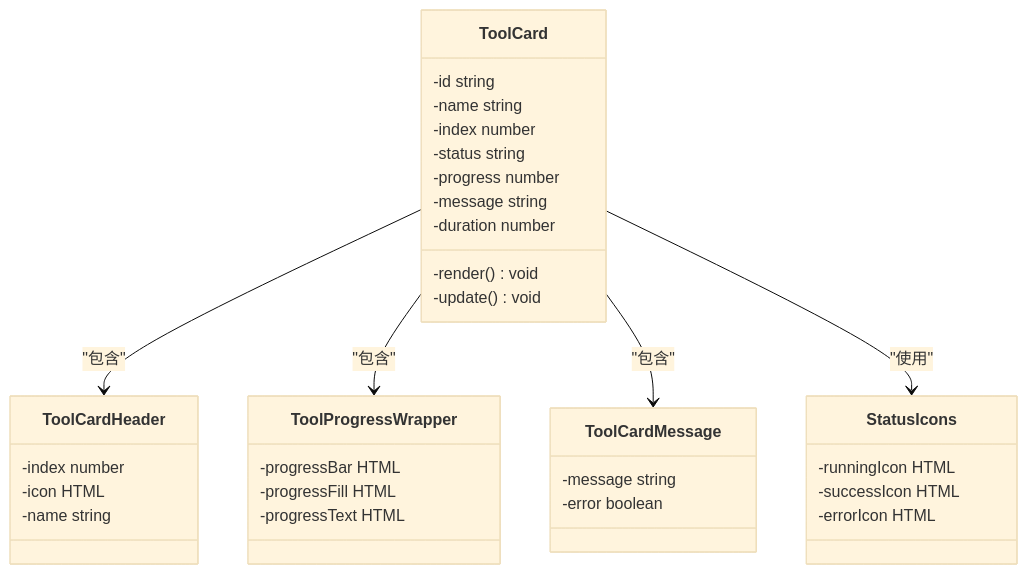
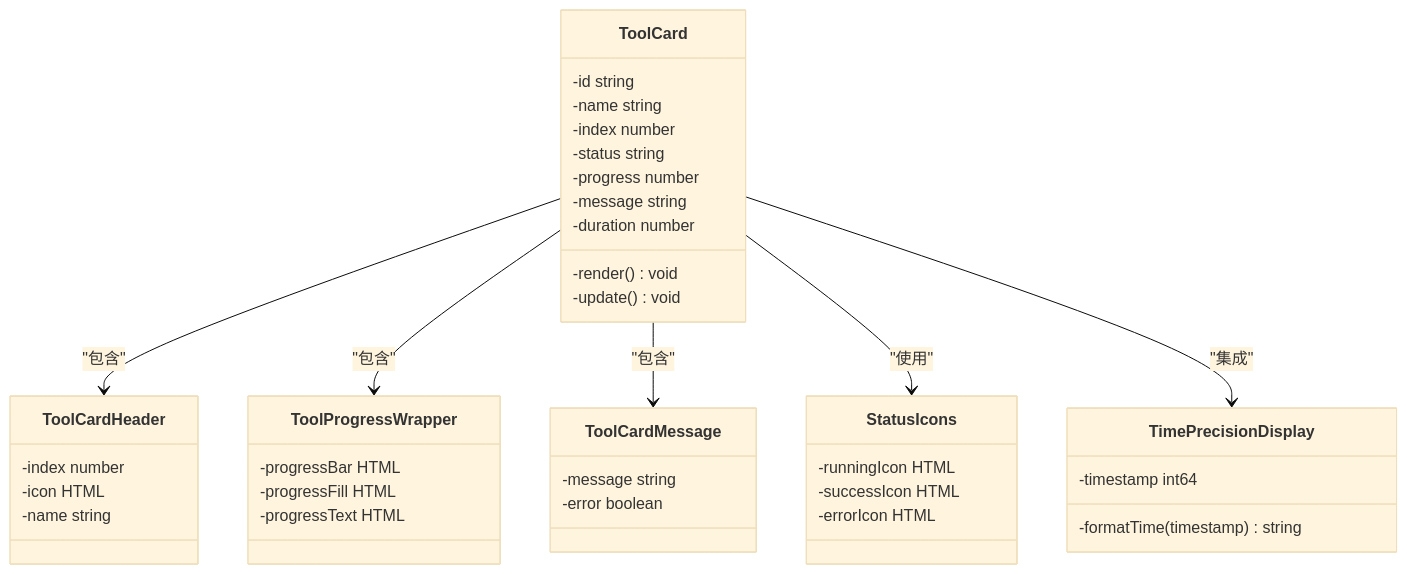
Before and after one commit to maomao94/zero-service: diagram 21 of 30 in .qoder/repowiki/zh/content/AI聊天服务迁移指南.md, drawn with Mermaid (base theme). The commit also changed other lines of this file and 59 other files, not shown here.

````diff
--- a/.qoder/repowiki/zh/content/AI聊天服务迁移指南.md
+++ b/.qoder/repowiki/zh/content/AI聊天服务迁移指南.md
@@ -999,37 +1041,42 @@
 ```mermaid
 classDiagram
 class ToolCard {
 -id string
 -name string
 -index number
 -status string
 -progress number
 -message string
 -duration number
 -render() void
 -update() void
 }
 class ToolCardHeader {
 -index number
 -icon HTML
 -name string
 }
 class ToolProgressWrapper {
 -progressBar HTML
 -progressFill HTML
 -progressText HTML
 }
 class ToolCardMessage {
 -message string
 -error boolean
 }
 class StatusIcons {
 -runningIcon HTML
 -successIcon HTML
 -errorIcon HTML
 }
+class TimePrecisionDisplay {
+-timestamp int64
+-formatTime(timestamp) string
+}
 ToolCard --> ToolCardHeader : "包含"
 ToolCard --> ToolProgressWrapper : "包含"
 ToolCard --> ToolCardMessage : "包含"
 ToolCard --> StatusIcons : "使用"
+ToolCard --> TimePrecisionDisplay : "集成"
 ```
````
